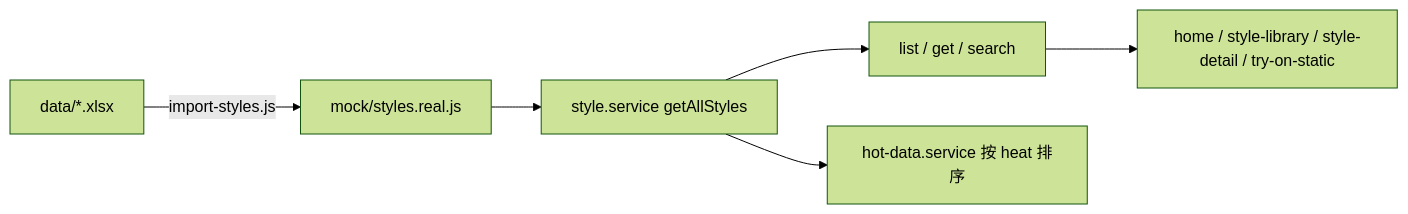
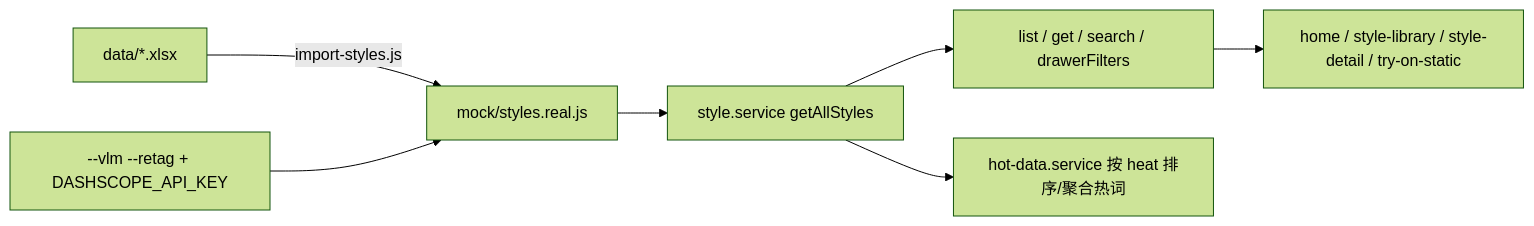
The fourth of 5 diagrams in docs/CODEGRAPH.md (Icarus-2001/nailmirror-v1.0.3-20260527), drawn with Mermaid (forest theme) before and after one commit. The commit also changed other lines of this file, not shown here.

````diff
--- a/docs/CODEGRAPH.md
+++ b/docs/CODEGRAPH.md
@@ -154,8 +201,9 @@
 ```mermaid
 flowchart LR
   xlsx[data/*.xlsx] -->|import-styles.js| realJs[mock/styles.real.js]
+  vlm[--vlm --retag + DASHSCOPE_API_KEY] --> realJs
   realJs --> getAllStyles[style.service getAllStyles]
-  getAllStyles --> list[list / get / search]
+  getAllStyles --> list[list / get / search / drawerFilters]
   list --> pages[home / style-library / style-detail / try-on-static]
-  getAllStyles --> hotSvc[hot-data.service 按 heat 排序]
+  getAllStyles --> hotSvc[hot-data.service 按 heat 排序/聚合热词]
 ```
````
